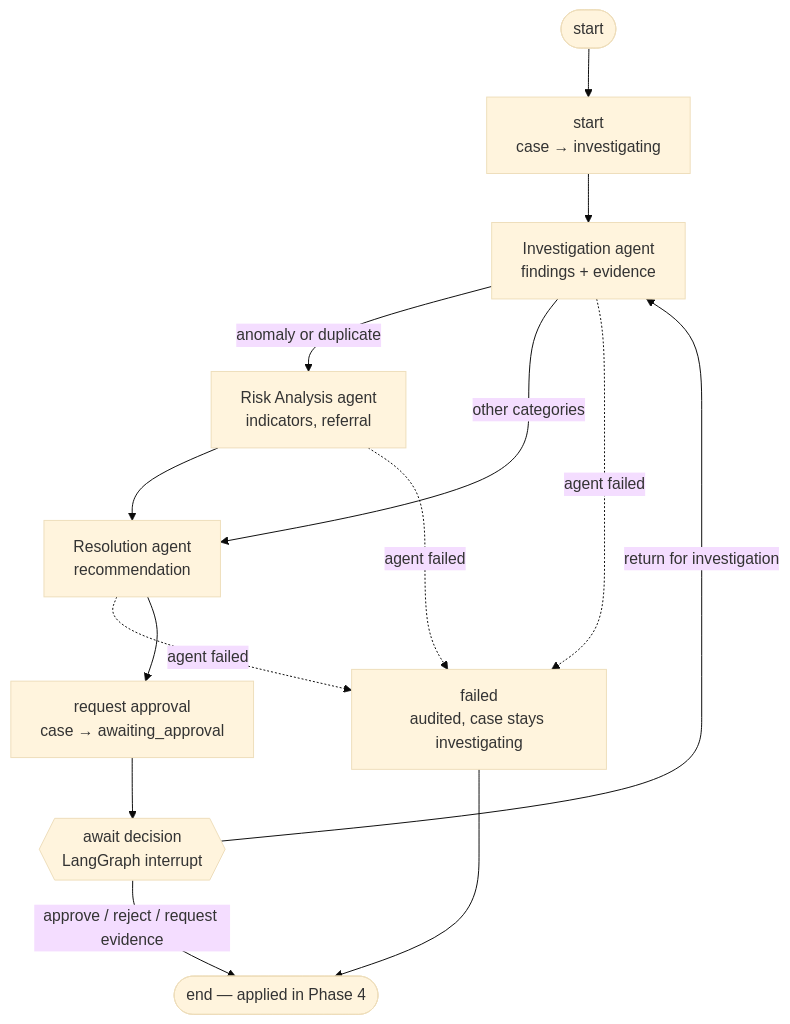
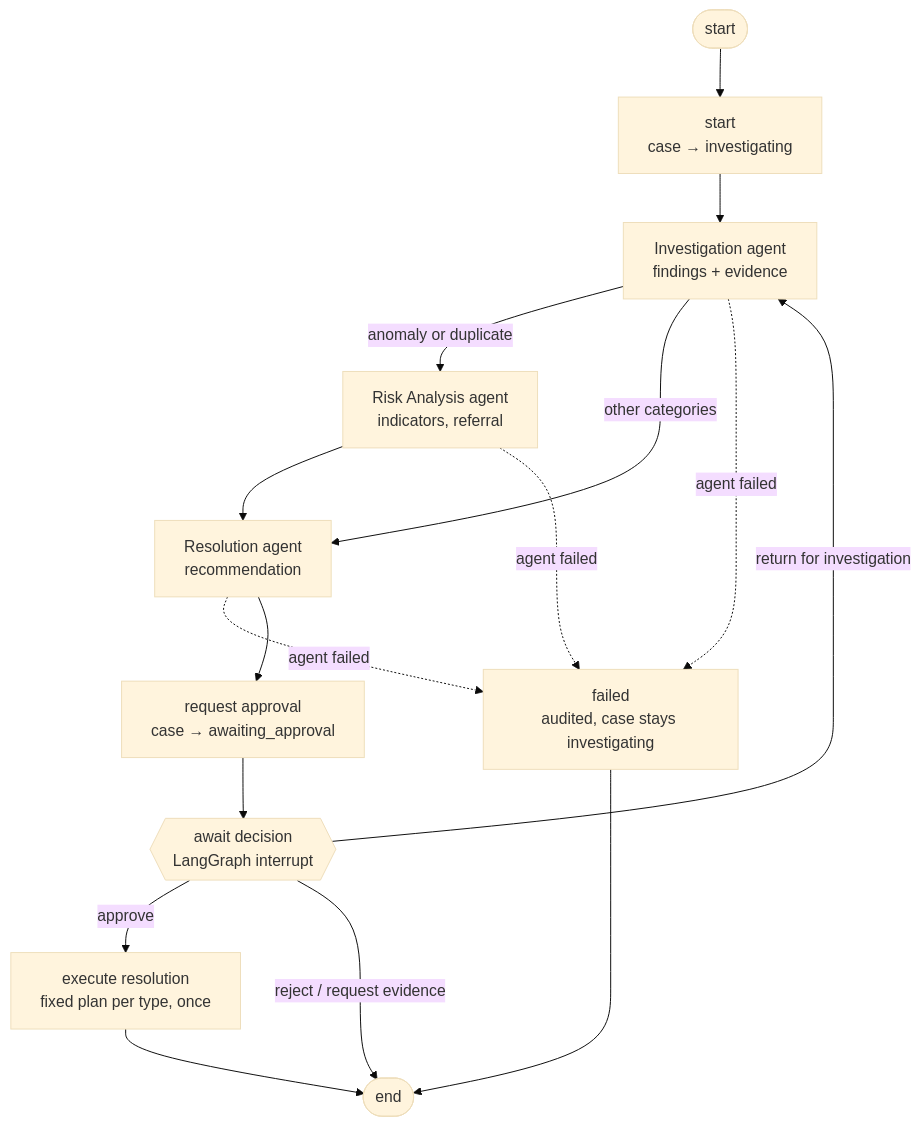
The second of 2 diagrams in docs/agent-workflows.md (wasif1024/FinRecon-AI), drawn with Mermaid (base theme) before and after one commit. The commit also changed other lines of this file and 13 other files, not shown here.

First line of the commit message:
Add approval decisions and deterministic resolution execution (Phase 4a)

````diff
--- a/docs/agent-workflows.md
+++ b/docs/agent-workflows.md
@@ -26,16 +26,18 @@
 ```mermaid
 graph TD
   start([start]) --> s[start<br/>case → investigating]
   s --> inv[Investigation agent<br/>findings + evidence]
   inv -->|anomaly or duplicate| risk[Risk Analysis agent<br/>indicators, referral]
   inv -->|other categories| res[Resolution agent<br/>recommendation]
   risk --> res
   inv -. agent failed .-> fail[failed<br/>audited, case stays investigating]
   risk -. agent failed .-> fail
   res -. agent failed .-> fail
   res --> req[request approval<br/>case → awaiting_approval]
   req --> wait{{await decision<br/>LangGraph interrupt}}
   wait -->|return for investigation| inv
-  wait -->|approve / reject / request evidence| finish([end — applied in Phase 4])
+  wait -->|approve| exec[execute resolution<br/>fixed plan per type, once]
+  wait -->|reject / request evidence| finish([end])
+  exec --> finish
   fail --> finish
 ```
````
